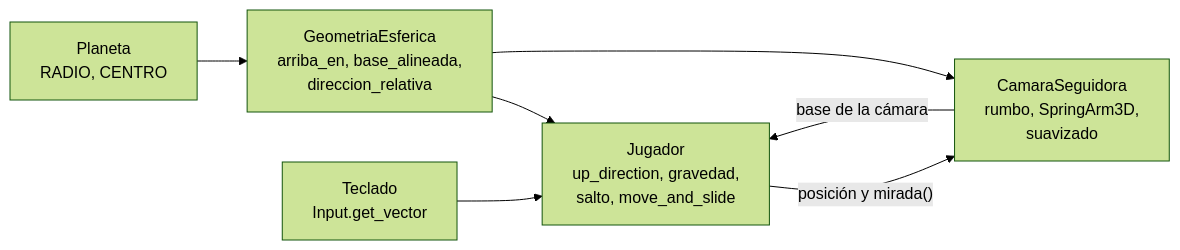
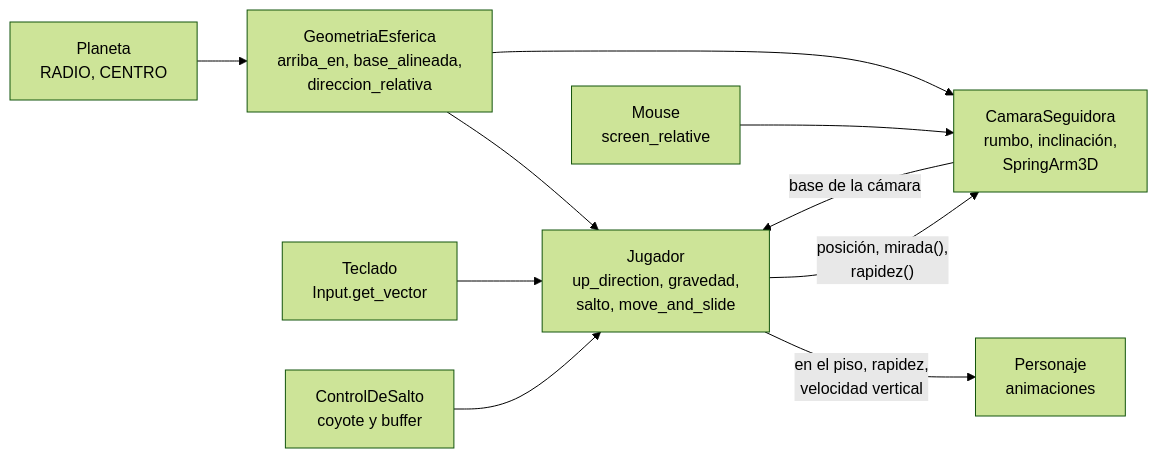
Before and after one commit to lautaromoreyraa/planeta-cartero: the first of 3 diagrams in README.md, drawn with Mermaid (forest theme). The commit also changed other lines of this file, not shown here.

First line of the commit message:
Actualiza el README con la cámara con mouse, la cartera y la guía

````diff
--- a/README.md
+++ b/README.md
@@ -159,9 +173,12 @@
 ```mermaid
 flowchart LR
     P["Planeta<br/>RADIO, CENTRO"] --> G["GeometriaEsferica<br/>arriba_en, base_alineada,<br/>direccion_relativa"]
     T["Teclado<br/>Input.get_vector"] --> J
+    S["ControlDeSalto<br/>coyote y buffer"] --> J
     G --> J["Jugador<br/>up_direction, gravedad,<br/>salto, move_and_slide"]
+    J -- "en el piso, rapidez,<br/>velocidad vertical" --> PE["Personaje<br/>animaciones"]
     C -- "base de la cámara" --> J
-    J -- "posición y mirada()" --> C["CamaraSeguidora<br/>rumbo, SpringArm3D,<br/>suavizado"]
+    M["Mouse<br/>screen_relative"] --> C
+    J -- "posición, mirada(),<br/>rapidez()" --> C["CamaraSeguidora<br/>rumbo, inclinación,<br/>SpringArm3D"]
     G --> C
 ```
````
